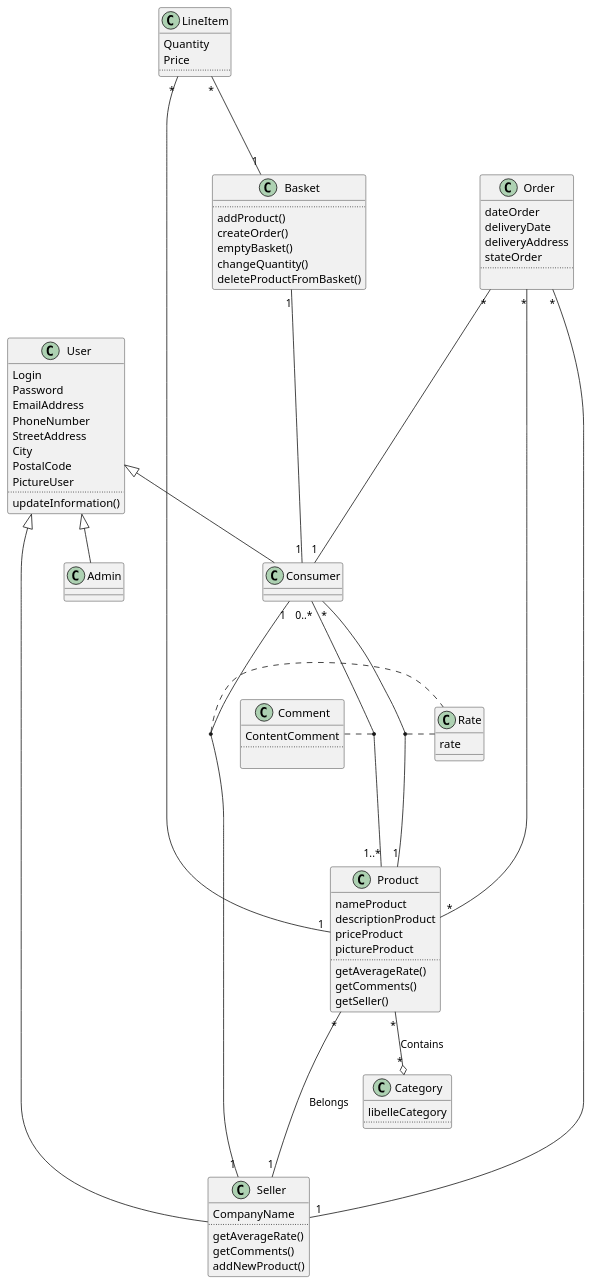
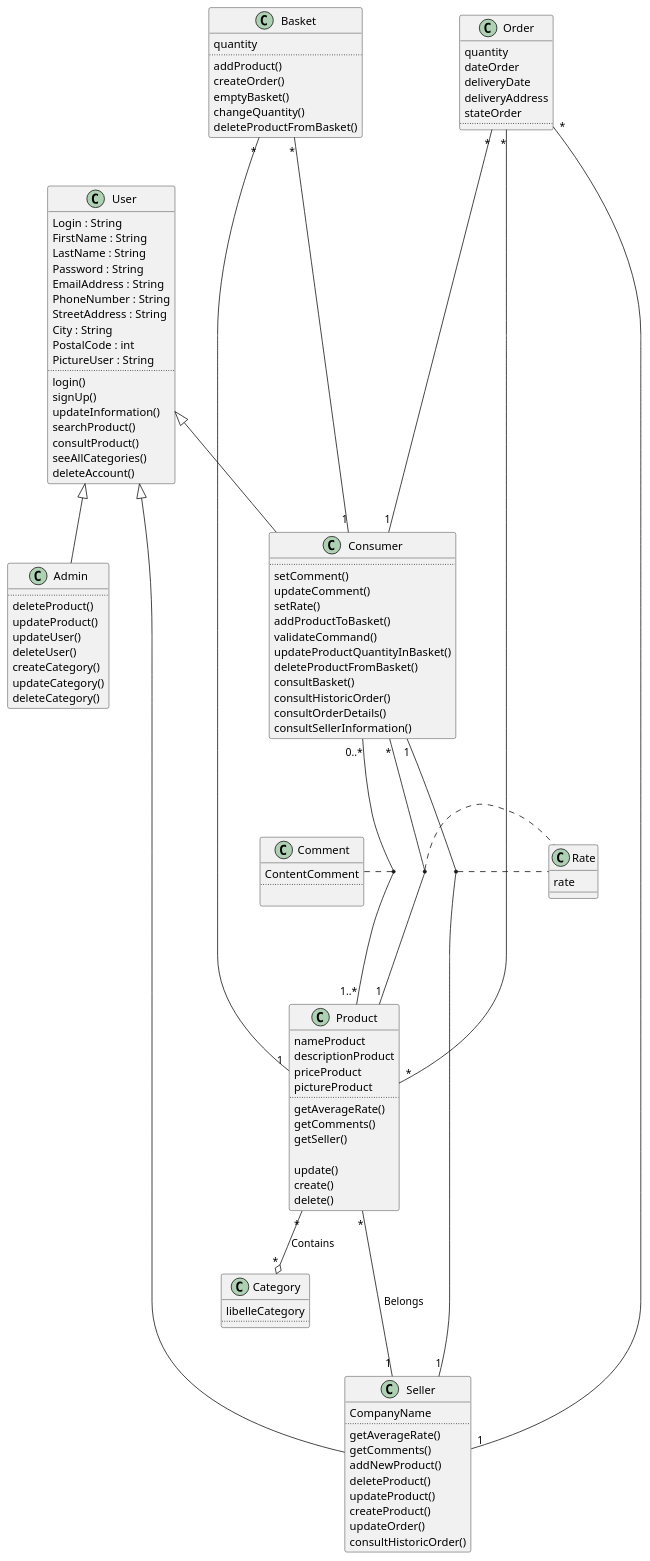
One commit to AnnaMasante/Mercat changed the diagram in src/ClassDiagramm.puml. Above: the diagram before and after it, drawn with PlantUML.

```diff
--- a/src/ClassDiagramm.puml
+++ b/src/ClassDiagramm.puml
@@ -1,105 +1,136 @@
 @startuml
 
 class User {
-    Login
-    Password
-    EmailAddress
-    PhoneNumber
-    StreetAddress
-    City
-    PostalCode
-    PictureUser
+    Login : String
+    FirstName : String
+    LastName : String
+    Password : String
+    EmailAddress : String
+    PhoneNumber : String
+    StreetAddress : String
+    City : String
+    PostalCode : int
+    PictureUser : String
     ..
+    login()
+    signUp()
     updateInformation()
+    searchProduct()
+    consultProduct()
+    seeAllCategories()
+    deleteAccount()
 }
 
 class Consumer {
+    ..
+    setComment()
+    updateComment()
+    setRate()
+    addProductToBasket()
+    validateCommand()
+    updateProductQuantityInBasket()
+    deleteProductFromBasket()
+    consultBasket()
+    consultHistoricOrder()
+    consultOrderDetails()
+    consultSellerInformation()
 }
 
 class Seller {
     CompanyName
     ..
     getAverageRate()
     getComments()
     addNewProduct()
+    deleteProduct()
+    updateProduct()
+    createProduct()
+    updateOrder()
+    consultHistoricOrder()
 }
 
 class Admin {
+    ..
+    deleteProduct()
+    updateProduct()
+    updateUser()
+    deleteUser()
+    createCategory()
+    updateCategory()
+    deleteCategory()
 }
 
 class Comment {
     ContentComment
     ..
 
 }
 
 class Product {
     nameProduct
     descriptionProduct
     priceProduct
     pictureProduct
     ..
     getAverageRate()
     getComments()
     getSeller()
+
+    update()
+    create()
+    delete()
 }
 
 class Category {
     libelleCategory
     ..
 }
 
 class Order {
+    quantity
     dateOrder
     deliveryDate
     deliveryAddress
     stateOrder
     ..
-
 }
 
 class Basket {
+    quantity
     ..
     addProduct()
     createOrder()
     emptyBasket()
     changeQuantity()
     deleteProductFromBasket()
 }
 
 class Rate {
     rate
 }
-
-class LineItem {
-    Quantity
-    Price
-    ..
- }
-
-
 
 User <|-- Consumer
 User <|-- Seller
 User <|-- Admin
 
 Consumer "0..*" --- "1..*" Product
 (Consumer, Product) .. Comment
 
 Consumer "*" --- "1" Product
 (Consumer, Product) .. Rate
 
 Consumer "1" --- "1" Seller
 (Consumer, Seller) .. Rate
 
 Product "*" --o "*" Category : Contains
 Product "*" --- "1" Seller : Belongs
 
 Order "*" --- "1" Consumer
 Order "*" --- "1" Seller
 Order "*" --- "*" Product
 
-LineItem "*" --- "1" Basket
-LineItem "*" --- "1" Product
-Basket "1" --- "1" Consumer
+Basket "*" -- "1" Product
+Basket "*" --- "1" Consumer
+
+
 @enduml
```
